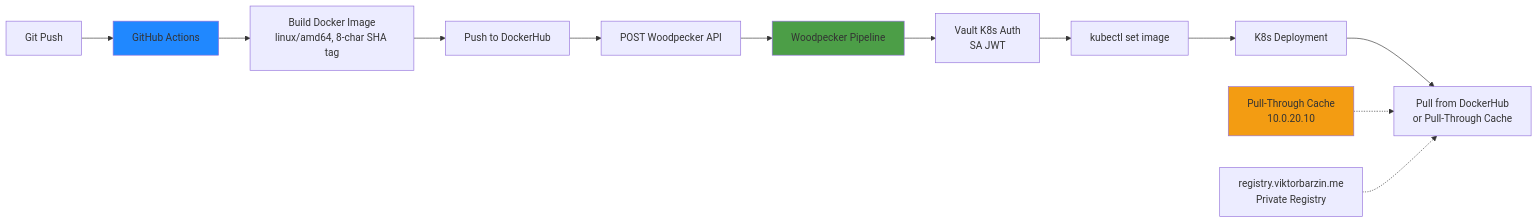
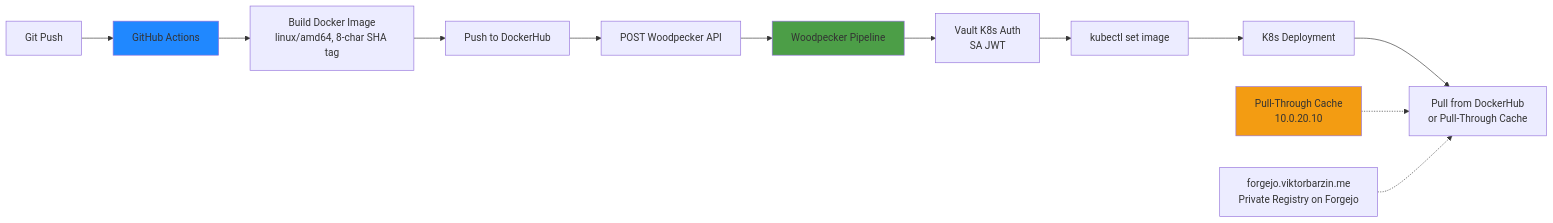
Before and after one commit to ViktorBarzin/infra: the diagram in docs/architecture/ci-cd.md, drawn with Mermaid. The commit also changed other lines of this file and 19 other files, not shown here.

````diff
--- a/docs/architecture/ci-cd.md
+++ b/docs/architecture/ci-cd.md
@@ -9,19 +9,19 @@
 ```mermaid
 graph LR
     A[Git Push] --> B[GitHub Actions]
     B --> C[Build Docker Image<br/>linux/amd64, 8-char SHA tag]
     C --> D[Push to DockerHub]
     D --> E[POST Woodpecker API]
     E --> F[Woodpecker Pipeline]
     F --> G[Vault K8s Auth<br/>SA JWT]
     G --> H[kubectl set image]
     H --> I[K8s Deployment]
     I --> J[Pull from DockerHub<br/>or Pull-Through Cache]
 
     K[Pull-Through Cache<br/>10.0.20.10] -.-> J
-    L[registry.viktorbarzin.me<br/>Private Registry] -.-> J
+    L[forgejo.viktorbarzin.me<br/>Private Registry on Forgejo] -.-> J
 
     style B fill:#2088ff
     style F fill:#4c9e47
     style K fill:#f39c12
 ```
````
